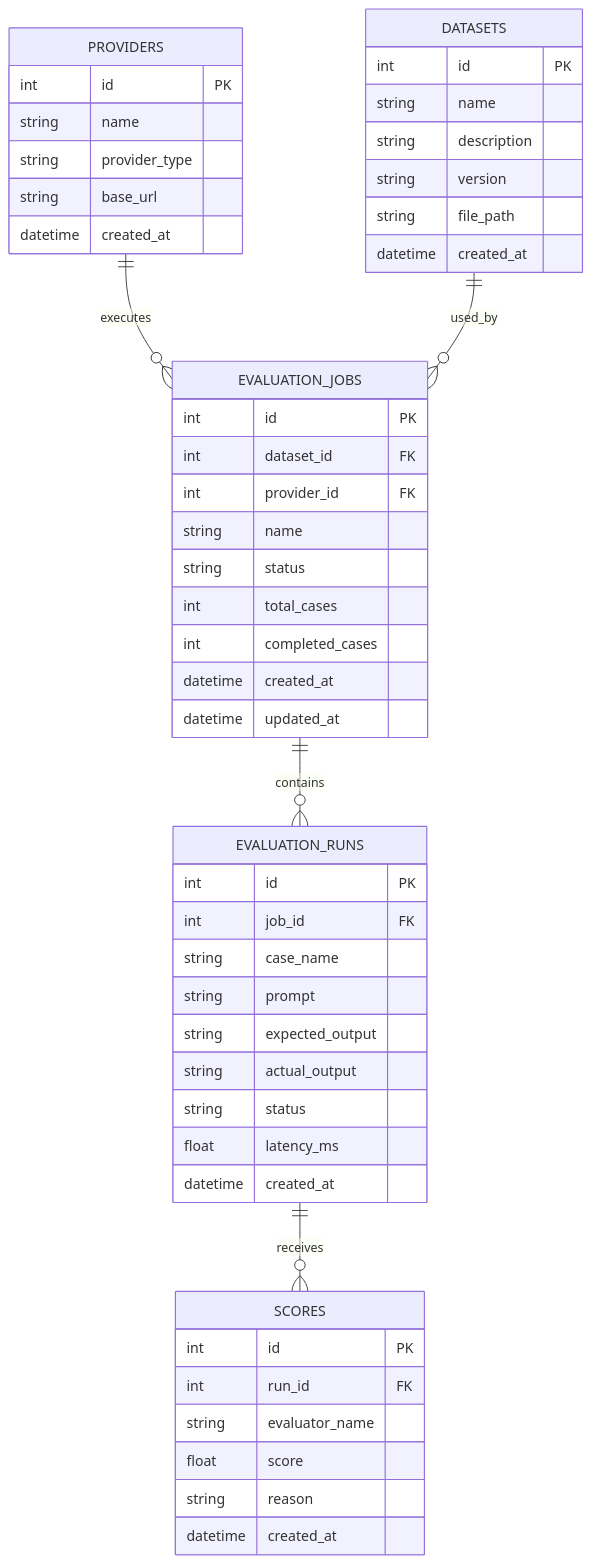
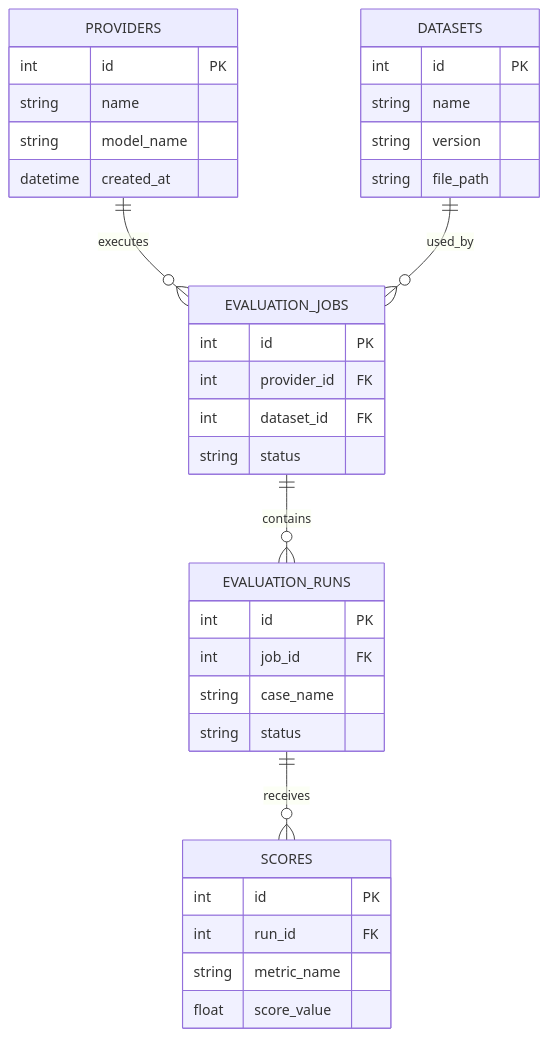
One commit to xl819436-creator/40day-lab changed the second of 2 diagrams in docs/architecture.md. Above: the diagram before and after it, drawn with Mermaid. The commit also changed other lines of this file and 8 other files, not shown here.

````diff
--- a/docs/architecture.md
+++ b/docs/architecture.md
@@ -31,57 +86,42 @@
 ```mermaid
 erDiagram
     PROVIDERS ||--o{ EVALUATION_JOBS : executes
     DATASETS ||--o{ EVALUATION_JOBS : used_by
     EVALUATION_JOBS ||--o{ EVALUATION_RUNS : contains
     EVALUATION_RUNS ||--o{ SCORES : receives
 
     PROVIDERS {
         int id PK
         string name
-        string provider_type
-        string base_url
+        string model_name
         datetime created_at
     }
 
     DATASETS {
         int id PK
         string name
-        string description
         string version
         string file_path
-        datetime created_at
     }
 
     EVALUATION_JOBS {
         int id PK
+        int provider_id FK
         int dataset_id FK
-        int provider_id FK
-        string name
         string status
-        int total_cases
-        int completed_cases
-        datetime created_at
-        datetime updated_at
     }
 
     EVALUATION_RUNS {
         int id PK
         int job_id FK
         string case_name
-        string prompt
-        string expected_output
-        string actual_output
         string status
-        float latency_ms
-        datetime created_at
     }
 
     SCORES {
         int id PK
         int run_id FK
-        string evaluator_name
-        float score
-        string reason
-        datetime created_at
+        string metric_name
+        float score_value
     }
 ```
````
